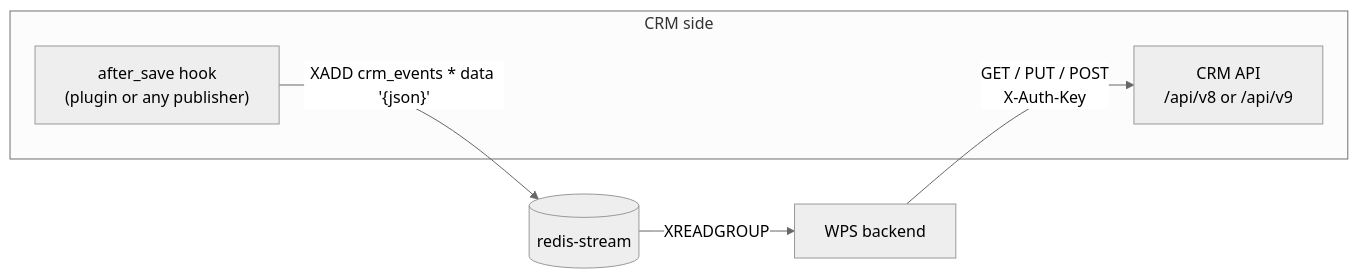
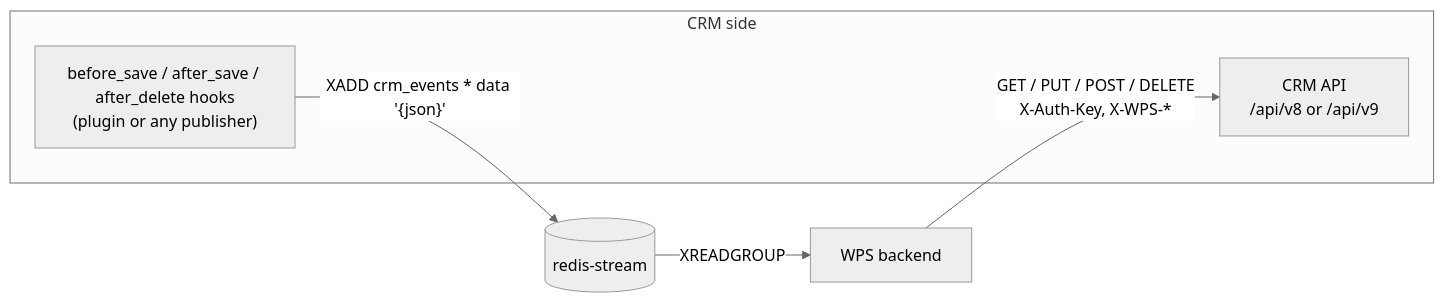
Before and after one commit to madarch-labs/Workflow-Processing-Service: the diagram in doc/en/04-operations/crm-integration.md, drawn with Mermaid (neutral theme). The commit also changed other lines of this file and 470 other files, not shown here.

````diff
--- a/doc/en/04-operations/crm-integration.md
+++ b/doc/en/04-operations/crm-integration.md
@@ -11,10 +11,10 @@
 ```mermaid
 flowchart LR
     subgraph CRM side
-        hook["after_save hook<br/>(plugin or any publisher)"]
+        hook["before_save / after_save / after_delete hooks<br/>(plugin or any publisher)"]
         api["CRM API<br/>/api/v8 or /api/v9"]
     end
     hook -->|"XADD crm_events * data '{json}'"| rs[(redis-stream)]
     rs -->|XREADGROUP| wps[WPS backend]
-    wps -->|"GET / PUT / POST<br/>X-Auth-Key"| api
+    wps -->|"GET / PUT / POST / DELETE<br/>X-Auth-Key, X-WPS-*"| api
 ```
````
